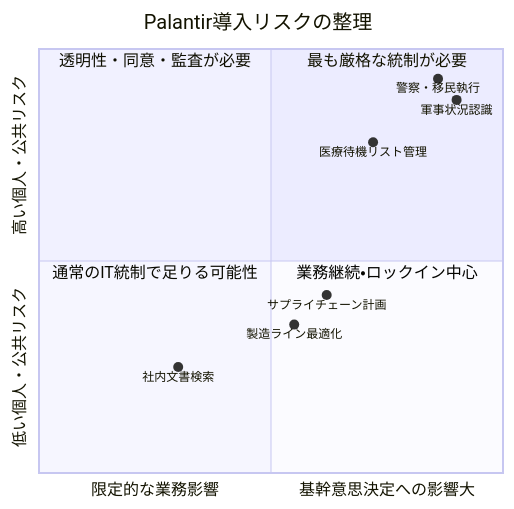
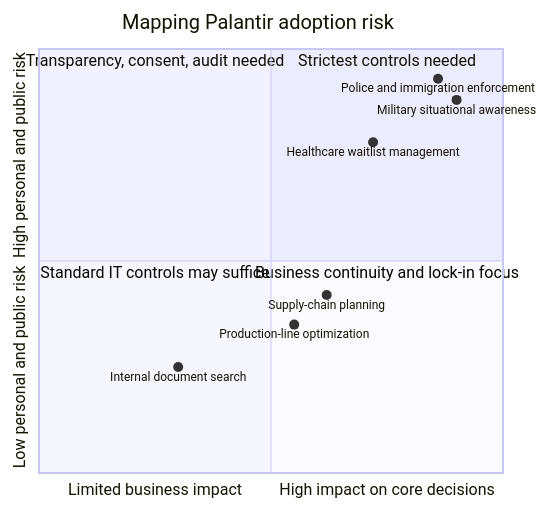
The fifth of 5 diagrams in content/blog/en/palantir-operational-ai-platform.mdx (daylight55/research), drawn with Mermaid before and after one commit. The commit also changed other lines of this file and 26 other files, not shown here.

Commit message:
Translate English Mermaid labels

````diff
--- a/content/blog/en/palantir-operational-ai-platform.mdx
+++ b/content/blog/en/palantir-operational-ai-platform.mdx
@@ -173,16 +173,16 @@
 ```mermaid
 quadrantChart
-  title Palantir導入リスクの整理
-  x-axis "限定的な業務影響" --> "基幹意思決定への影響大"
-  y-axis "低い個人・公共リスク" --> "高い個人・公共リスク"
-  quadrant-1 "最も厳格な統制が必要"
-  quadrant-2 "透明性・同意・監査が必要"
-  quadrant-3 "通常のIT統制で足りる可能性"
-  quadrant-4 "業務継続・ロックイン中心"
-  "製造ライン最適化": [0.55, 0.35]
-  "サプライチェーン計画": [0.62, 0.42]
-  "医療待機リスト管理": [0.72, 0.78]
-  "警察・移民執行": [0.86, 0.93]
-  "軍事状況認識": [0.90, 0.88]
-  "社内文書検索": [0.30, 0.25]
+  title Mapping Palantir adoption risk
+  x-axis "Limited business impact" --> "High impact on core decisions"
+  y-axis "Low personal and public risk" --> "High personal and public risk"
+  quadrant-1 "Strictest controls needed"
+  quadrant-2 "Transparency, consent, audit needed"
+  quadrant-3 "Standard IT controls may suffice"
+  quadrant-4 "Business continuity and lock-in focus"
+  "Production-line optimization": [0.55, 0.35]
+  "Supply-chain planning": [0.62, 0.42]
+  "Healthcare waitlist management": [0.72, 0.78]
+  "Police and immigration enforcement": [0.86, 0.93]
+  "Military situational awareness": [0.90, 0.88]
+  "Internal document search": [0.30, 0.25]
 ```
````
